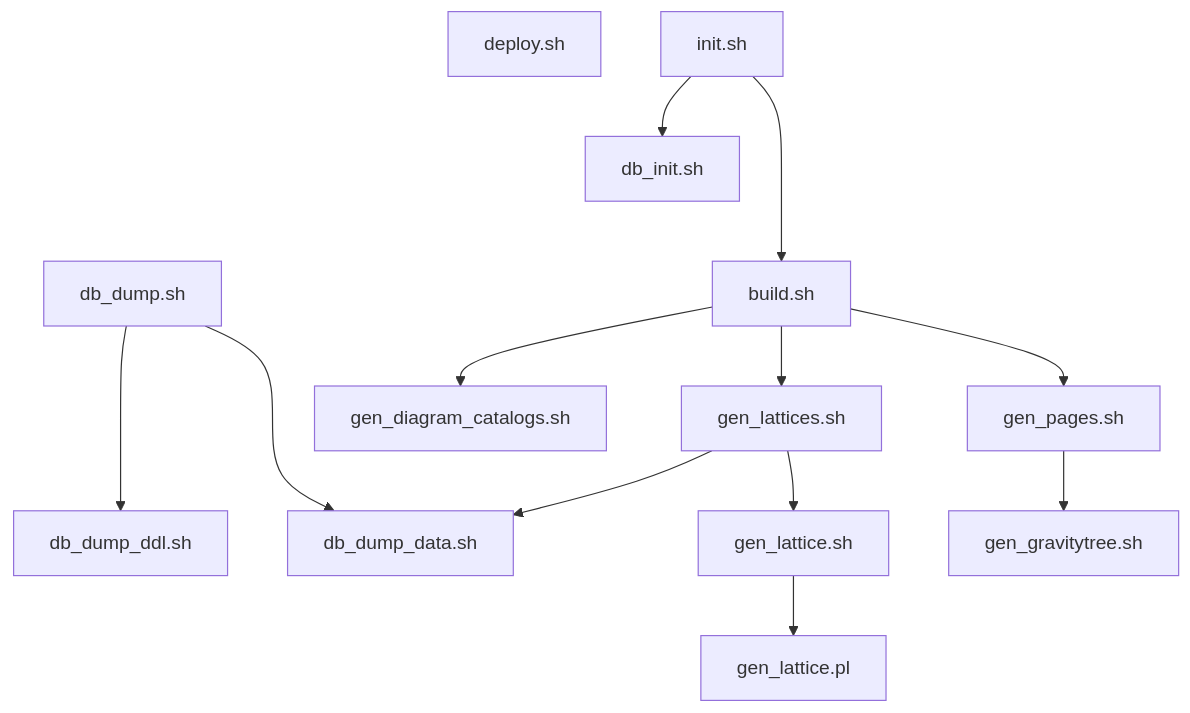
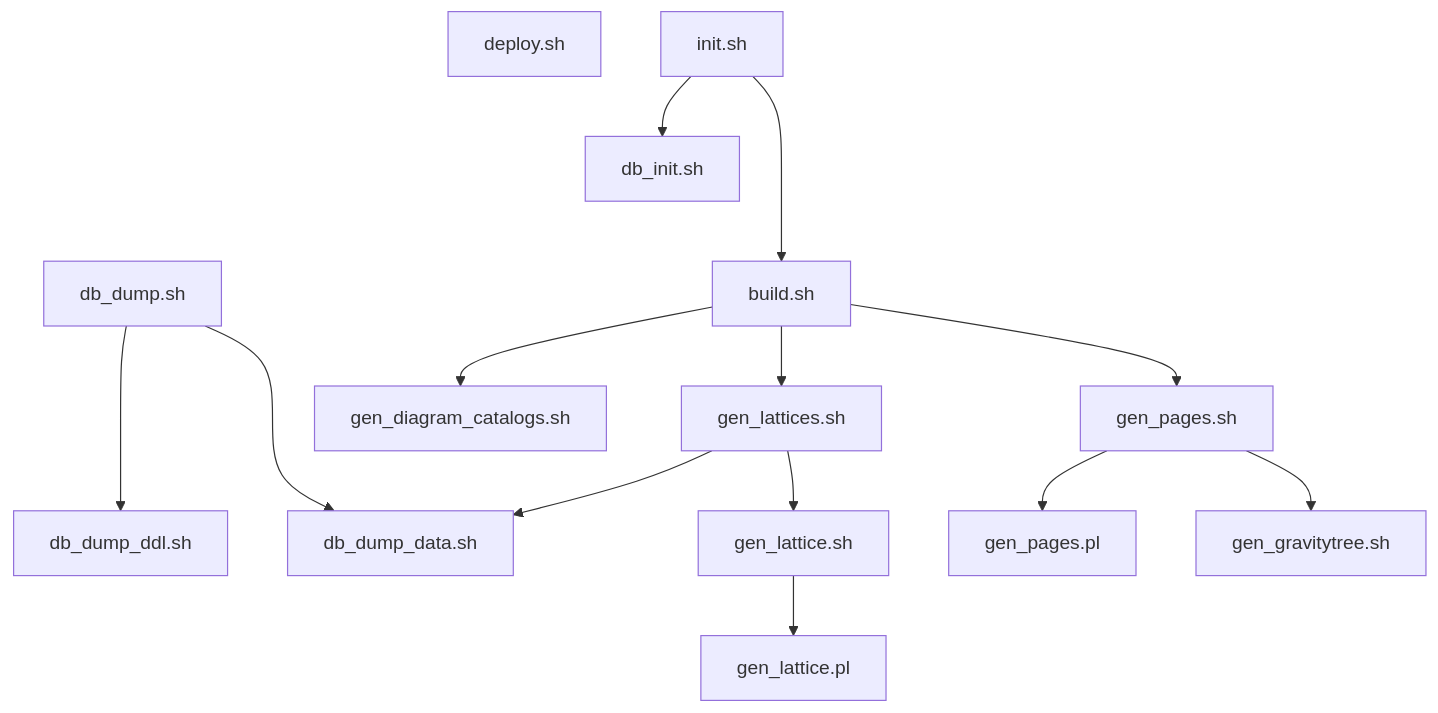
The second of 3 diagrams in README.md (pupitetris/Exploratorium), drawn with Mermaid before and after one commit. The commit also changed other lines of this file, not shown here.

First line of the commit message:
README.md: sent Installation to the top. Missing gen_pages.pl

````diff
--- a/README.md
+++ b/README.md
@@ -198,15 +198,16 @@
 ```mermaid
 flowchart TD
     deploy.sh
     init.sh --> db_init.sh
     init.sh ---> build.sh
     build.sh --> gen_lattices.sh
     build.sh --> gen_pages.sh
     build.sh --> gen_diagram_catalogs.sh
     db_dump.sh ---> db_dump_ddl.sh
     db_dump.sh ---> db_dump_data.sh
     gen_lattice.sh --> gen_lattice.pl
     gen_lattices.sh --> db_dump_data.sh
     gen_lattices.sh --> gen_lattice.sh
+    gen_pages.sh --> gen_pages.pl
     gen_pages.sh --> gen_gravitytree.sh
 ```
````
